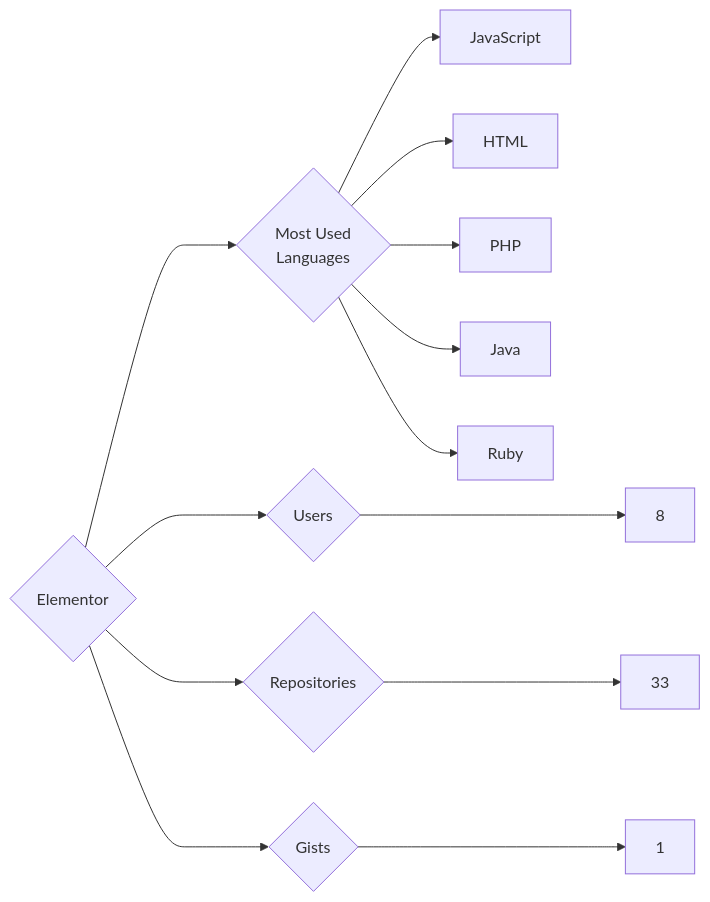
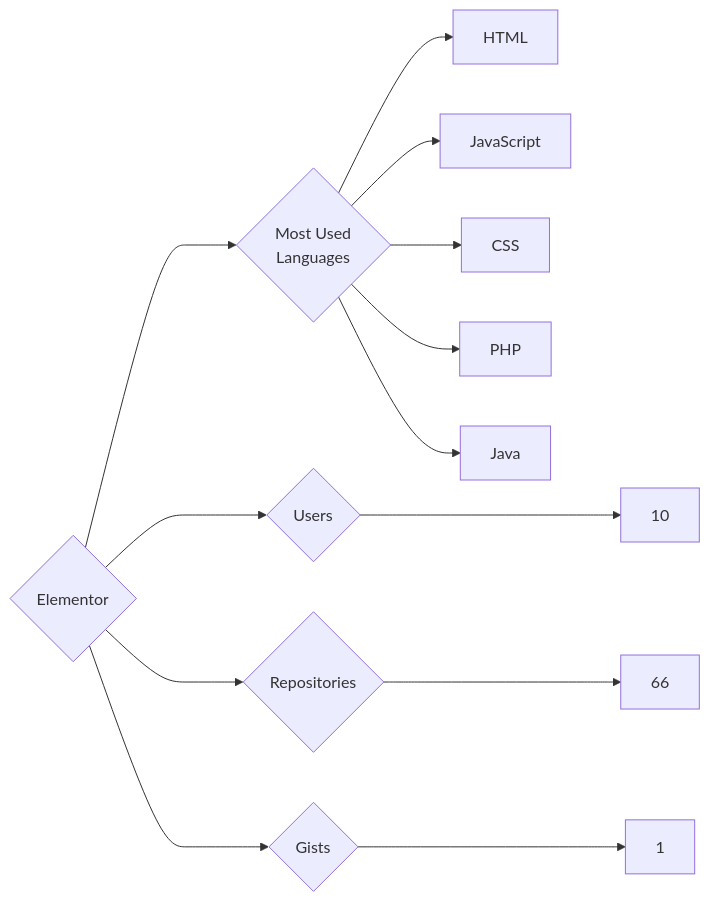
The diagram in targets/Elementor/README.md (trickest/insiders), drawn with Mermaid before and after one commit. The commit also changed 1055 other files, not shown here.

````diff
--- a/targets/Elementor/README.md
+++ b/targets/Elementor/README.md
@@ -3,13 +3,13 @@
 ```mermaid
 graph LR
 COMPANY_NAME{Elementor}
-COMPANY_NAME ---> U{Users} ---> UN[8]
-COMPANY_NAME ---> R{Repositories} ---> RN[33]
+COMPANY_NAME ---> U{Users} ---> UN[10]
+COMPANY_NAME ---> R{Repositories} ---> RN[66]
 COMPANY_NAME ---> G{Gists} ---> GN[1]
 COMPANY_NAME ---> ML{Most Used<br>Languages}
+ML --> HTML[HTML]
 ML --> JavaScript[JavaScript]
-ML --> HTML[HTML]
+ML --> CSS[CSS]
 ML --> PHP[PHP]
 ML --> Java[Java]
-ML --> Ruby[Ruby]
 ```
````
